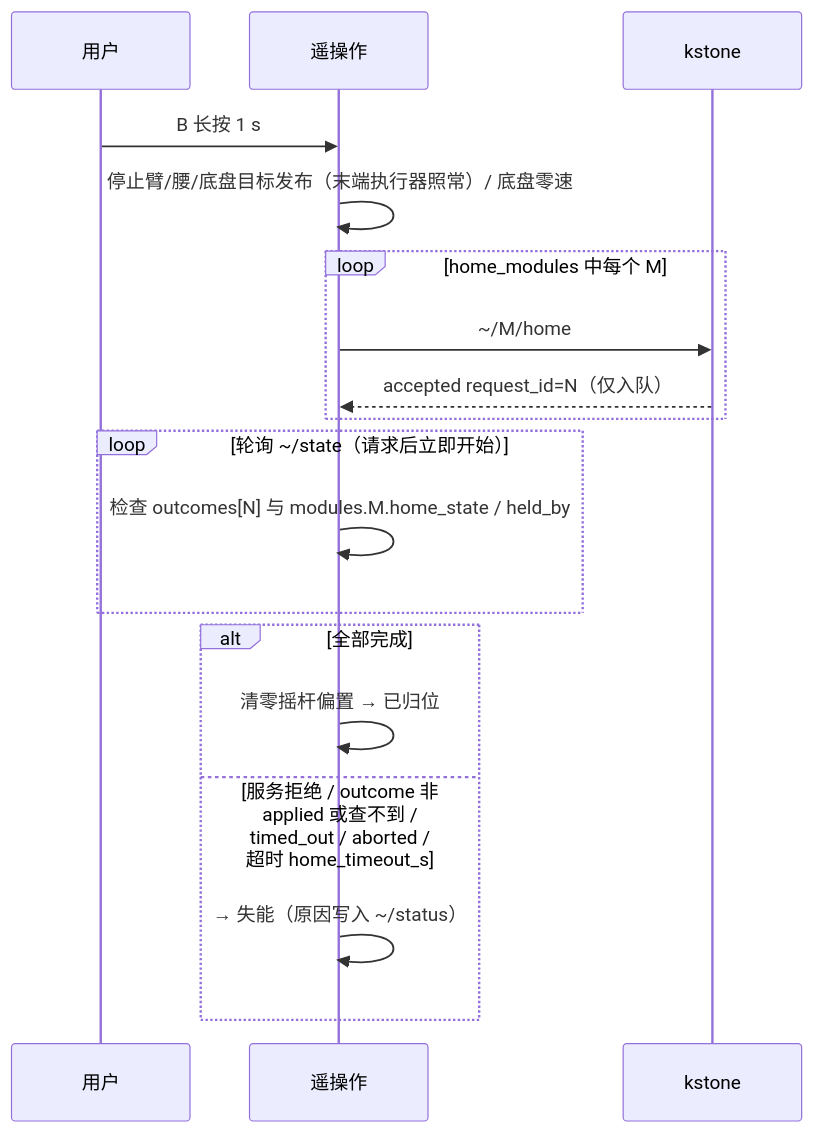
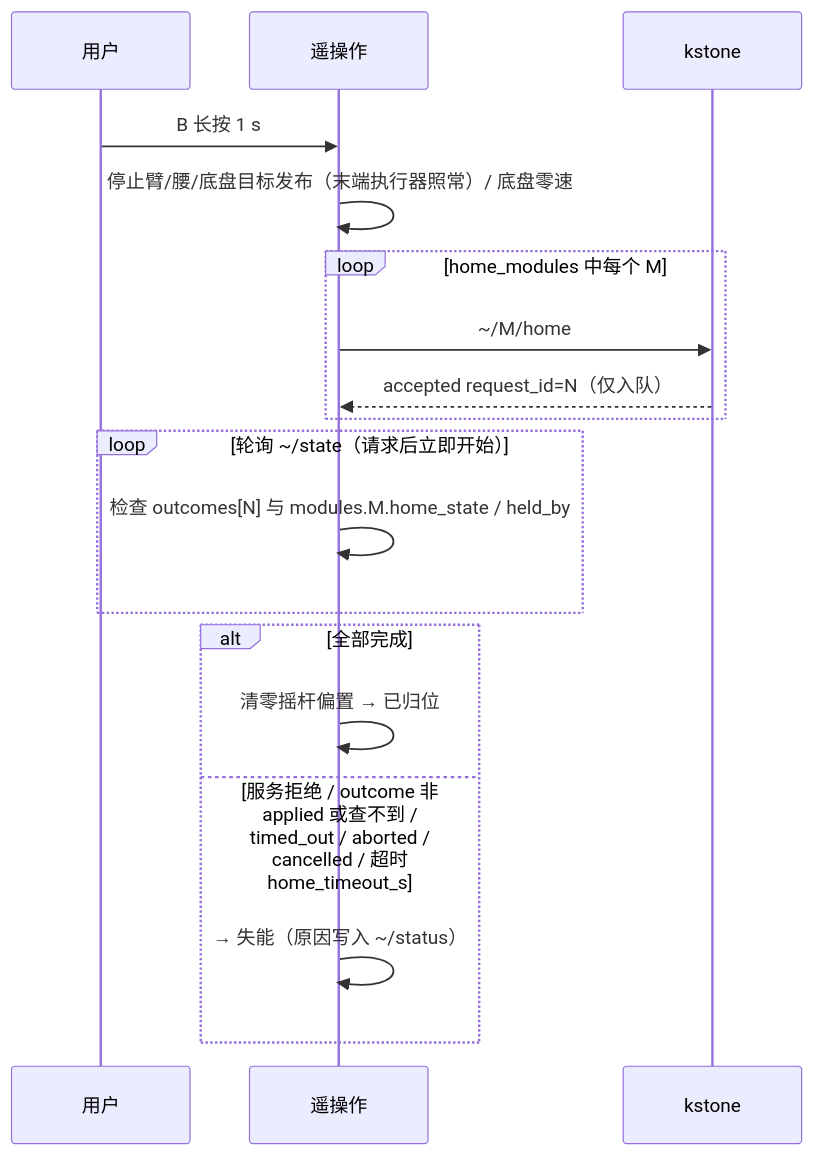
One commit to AgilexOpensource/lookie_ros changed the sixth of 6 diagrams in lookie_teleop/docs/vr_teleop_dev_design.zh-CN.md. Above: the diagram before and after it, drawn with Mermaid. The commit also changed other lines of this file and 4 other files, not shown here.

````diff
--- a/lookie_teleop/docs/vr_teleop_dev_design.zh-CN.md
+++ b/lookie_teleop/docs/vr_teleop_dev_design.zh-CN.md
@@ -404,20 +406,20 @@
 ```mermaid
 sequenceDiagram
     participant U as 用户
     participant T as 遥操作
     participant K as kstone
     U->>T: B 长按 1 s
     T->>T: 停止臂/腰/底盘目标发布（末端执行器照常）/ 底盘零速
     loop home_modules 中每个 M
         T->>K: ~/M/home
         K-->>T: accepted request_id=N（仅入队）
     end
     loop 轮询 ~/state（请求后立即开始）
         T->>T: 检查 outcomes[N] 与 modules.M.home_state / held_by
     end
     alt 全部完成
         T->>T: 清零摇杆偏置 → 已归位
-    else 服务拒绝 / outcome 非 applied 或查不到 / timed_out / aborted / 超时 home_timeout_s
+    else 服务拒绝 / outcome 非 applied 或查不到 / timed_out / aborted / cancelled / 超时 home_timeout_s
         T->>T: → 失能（原因写入 ~/status）
     end
 ```
````
